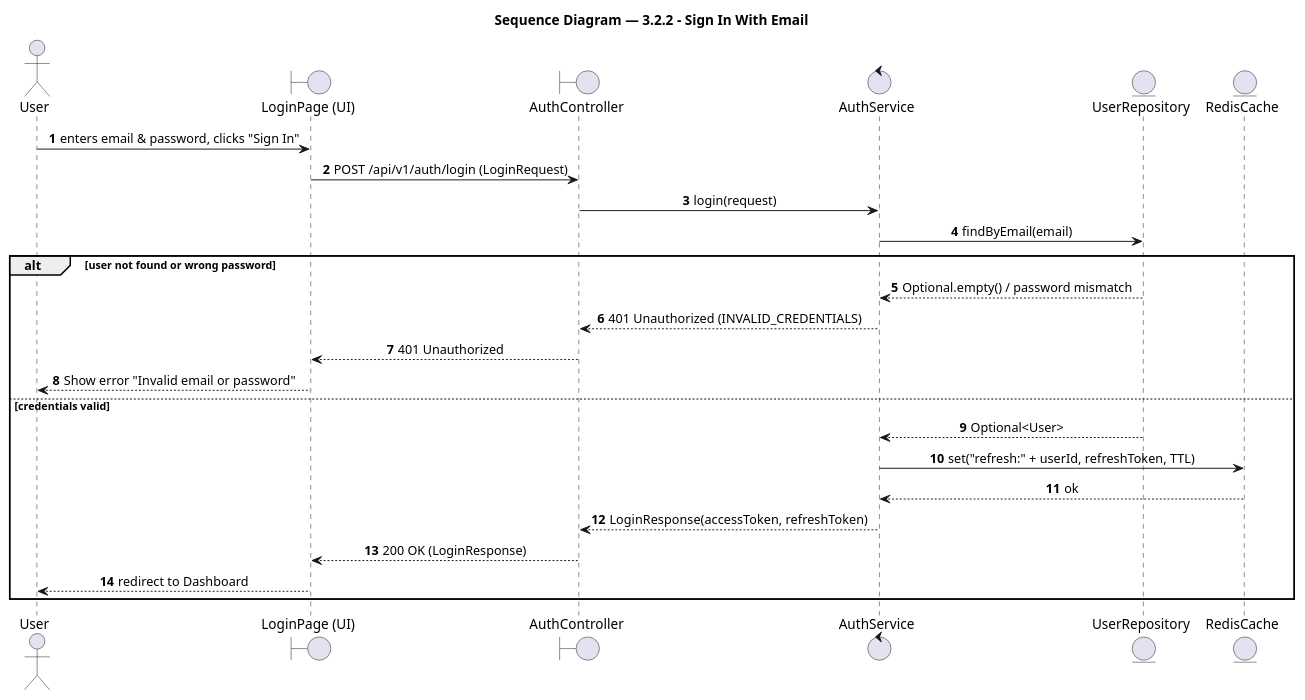
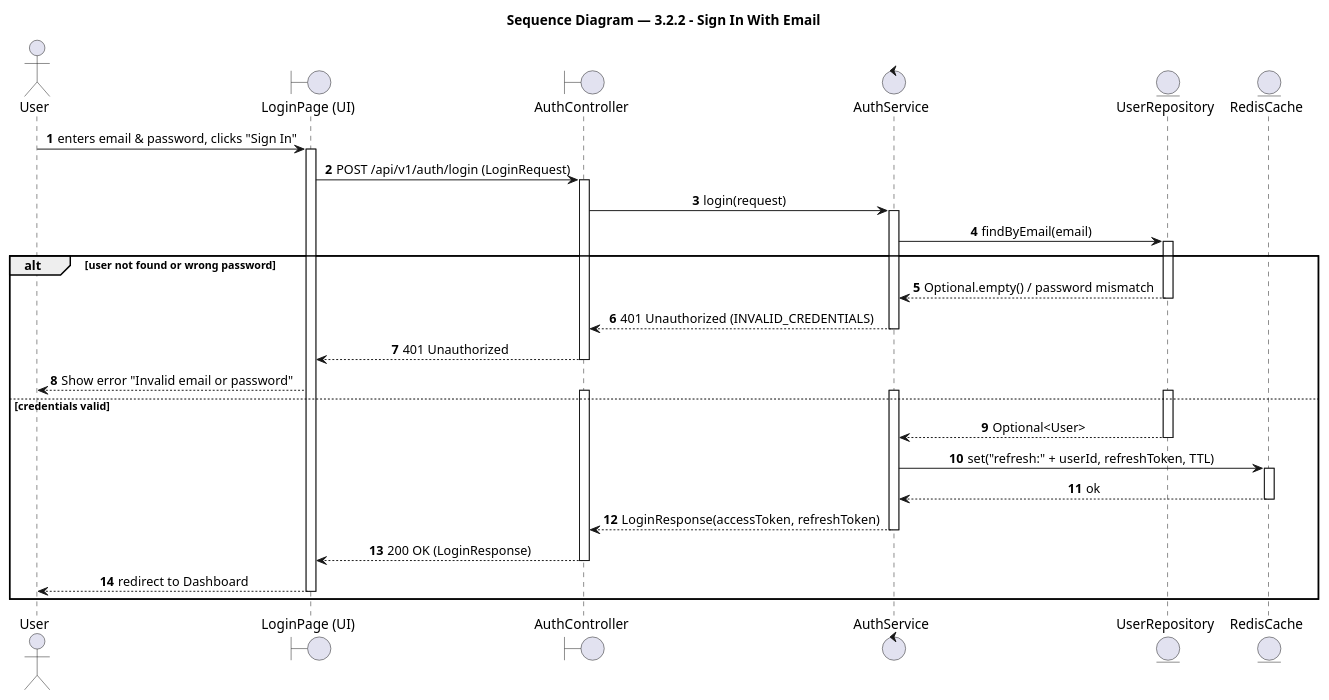
Before and after one commit to BrandHubOrganization/brandhub-infrastructure: the diagram in docs/feature/authentication/3-2-2-sign-in-with-email/report4_sequence.puml, drawn with PlantUML. The commit also changed 149 other files, not shown here.

Commit message:
docs(sequence): fix activation bars across all sequence diagrams according to UML 2.5 rules

```diff
--- a/docs/feature/authentication/3-2-2-sign-in-with-email/report4_sequence.puml
+++ b/docs/feature/authentication/3-2-2-sign-in-with-email/report4_sequence.puml
@@ -1,38 +1,54 @@
 @startuml 3.2.2 - Sign In With Email
 title Sequence Diagram — 3.2.2 - Sign In With Email
 
 autonumber
 skinparam shadowing false
 skinparam sequenceMessageAlign center
 skinparam BoxPadding 10
 skinparam ParticipantPadding 10
 
 ' === Participants ===
 actor "User" as user
 boundary "LoginPage (UI)" as loginpageui
 boundary "AuthController" as authcontroller
 control "AuthService" as authservice
 entity "UserRepository" as userrepository
 entity "RedisCache" as rediscache
 
 ' === Flow ===
 user -> loginpageui: enters email & password, clicks "Sign In"
+activate loginpageui
 loginpageui -> authcontroller: POST /api/v1/auth/login (LoginRequest)
+activate authcontroller
 authcontroller -> authservice: login(request)
+activate authservice
 authservice -> userrepository: findByEmail(email)
+activate userrepository
 
 alt user not found or wrong password
   userrepository --> authservice: Optional.empty() / password mismatch
+  deactivate userrepository
   authservice --> authcontroller: 401 Unauthorized (INVALID_CREDENTIALS)
+  deactivate authservice
   authcontroller --> loginpageui: 401 Unauthorized
+  deactivate authcontroller
   loginpageui --> user: Show error "Invalid email or password"
 else credentials valid
+  activate authcontroller
+  activate authservice
+  activate userrepository
   userrepository --> authservice: Optional<User>
+  deactivate userrepository
   authservice -> rediscache: set("refresh:" + userId, refreshToken, TTL)
+  activate rediscache
   rediscache --> authservice: ok
+  deactivate rediscache
   authservice --> authcontroller: LoginResponse(accessToken, refreshToken)
+  deactivate authservice
   authcontroller --> loginpageui: 200 OK (LoginResponse)
+  deactivate authcontroller
   loginpageui --> user: redirect to Dashboard
+  deactivate loginpageui
 end
 
 @enduml
```
